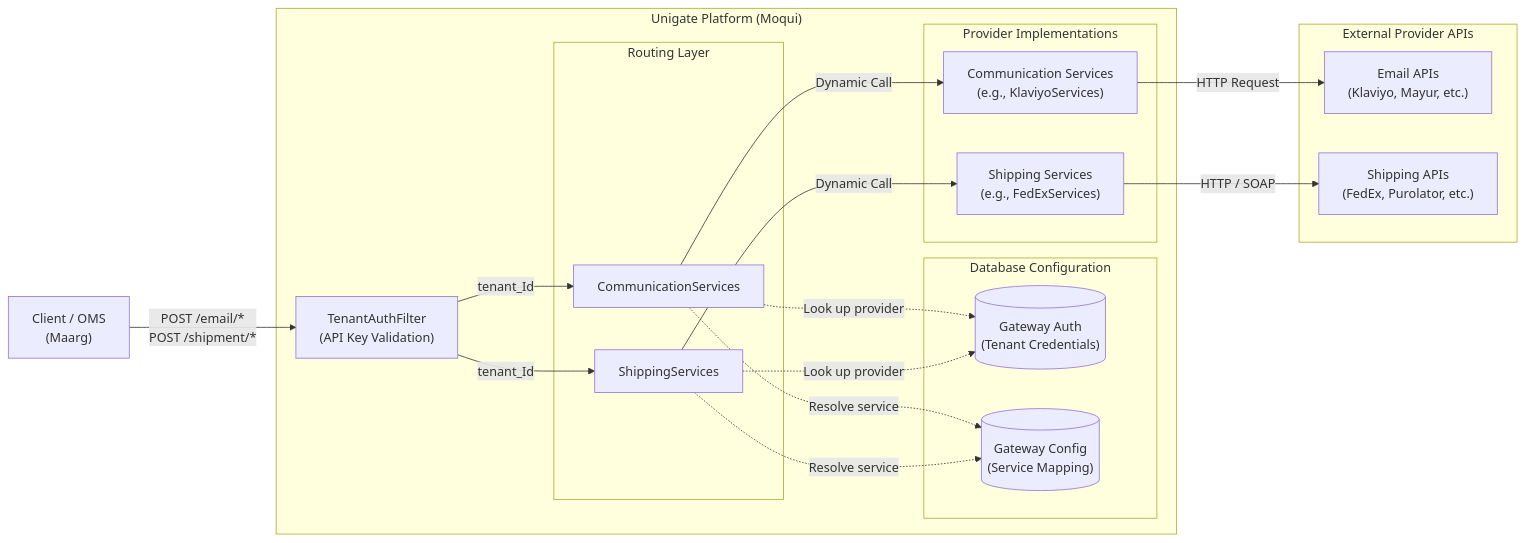
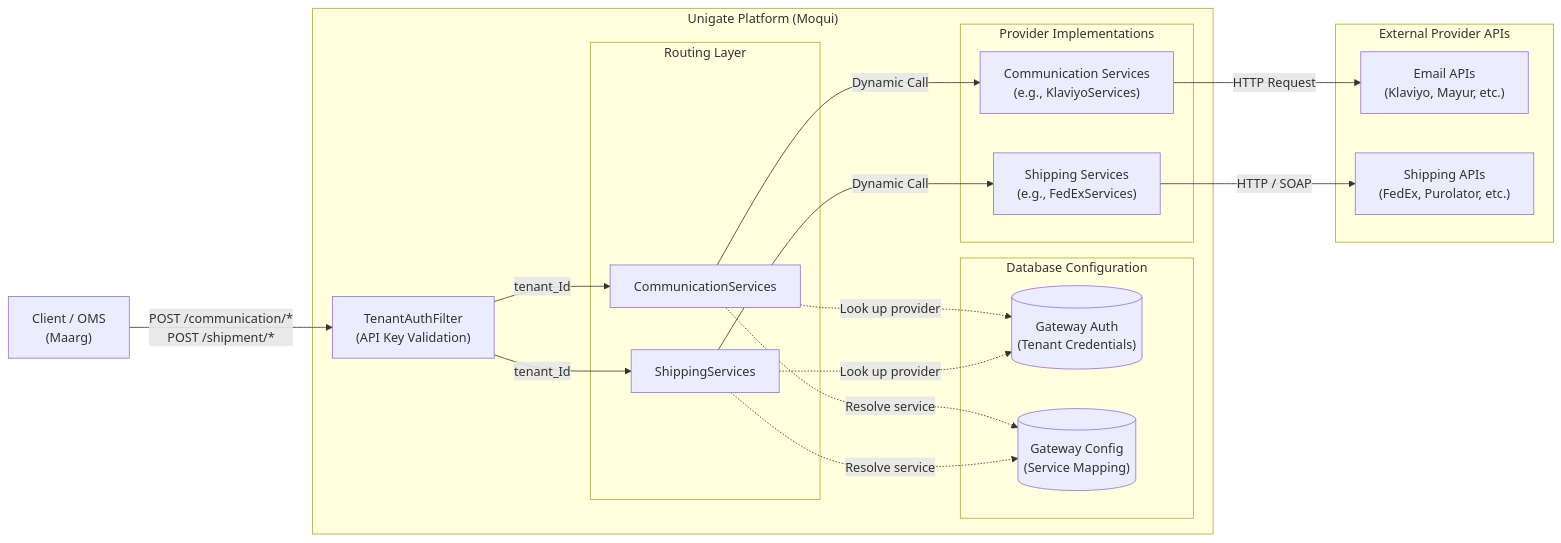
Before and after one commit to saastechacademy/foundation: the diagram in project-ideas/unigate/README.md, drawn with Mermaid. The commit also changed other lines of this file and 6 other files, not shown here.

````diff
--- a/project-ideas/unigate/README.md
+++ b/project-ideas/unigate/README.md
@@ -14,54 +16,54 @@
 ```mermaid
 graph LR
     %% Actors
     Client["Client / OMS\n(Maarg)"]
 
     %% External APIs
     subgraph External["External Provider APIs"]
         MailAPI["Email APIs\n(Klaviyo, Mayur, etc.)"]
         ShipAPI["Shipping APIs\n(FedEx, Purolator, etc.)"]
     end
 
     %% Unigate Core
     subgraph Unigate["Unigate Platform (Moqui)"]
         
         %% Security Layer
         Filter["TenantAuthFilter\n(API Key Validation)"]
         
         %% Routing Layer
         subgraph Router["Routing Layer"]
             CommRouter["CommunicationServices"]
             ShipRouter["ShippingServices"]
         end
 
         %% Database Layer
         subgraph DB["Database Configuration"]
             AuthDB[("Gateway Auth\n(Tenant Credentials)")]
             ConfigDB[("Gateway Config\n(Service Mapping)")]
         end
 
         %% Implementation Layer
         subgraph Impl["Provider Implementations"]
             MailImpl["Communication Services\n(e.g., KlaviyoServices)"]
             ShipImpl["Shipping Services\n(e.g., FedExServices)"]
         end
         
     end
 
     %% Flow
-    Client -- "POST /email/*\nPOST /shipment/*" --> Filter
+    Client -- "POST /communication/*\nPOST /shipment/*" --> Filter
     
     Filter -- "tenant_Id" --> CommRouter
     Filter -- "tenant_Id" --> ShipRouter
 
     CommRouter -. "Look up provider" .-> AuthDB
     CommRouter -. "Resolve service" .-> ConfigDB
     CommRouter -- "Dynamic Call" --> MailImpl
 
     ShipRouter -. "Look up provider" .-> AuthDB
     ShipRouter -. "Resolve service" .-> ConfigDB
     ShipRouter -- "Dynamic Call" --> ShipImpl
 
     MailImpl -- "HTTP Request" --> MailAPI
     ShipImpl -- "HTTP / SOAP" --> ShipAPI
 ```
````
